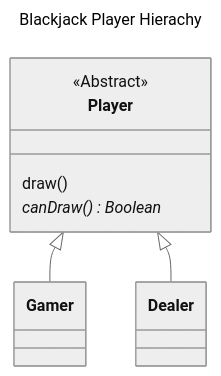
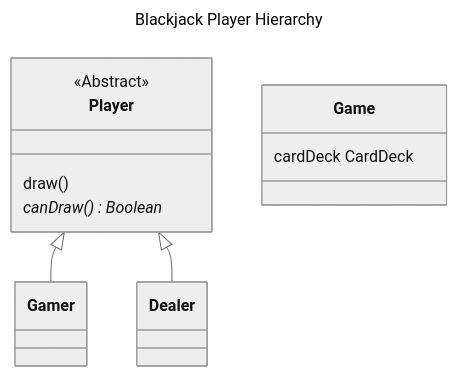
The diagram in blackjack_class.md (next-step/kotlin-blackjack), drawn with Mermaid (neutral theme) before and after one commit. The commit also changed 5 other files, not shown here.

````diff
--- a/blackjack_class.md
+++ b/blackjack_class.md
@@ -1,15 +1,19 @@
 ```mermaid
 ---
-title: Blackjack Player Hierachy
+title: Blackjack Player Hierarchy
 ---
 classDiagram
     class Player {
         draw()
         canDraw()* Boolean
     }
     <<Abstract>> Player
 
     Player <|-- Gamer
     Player <|-- Dealer
     
+    class Game {
+        cardDeck CardDeck
+    }
+
 ```
````
